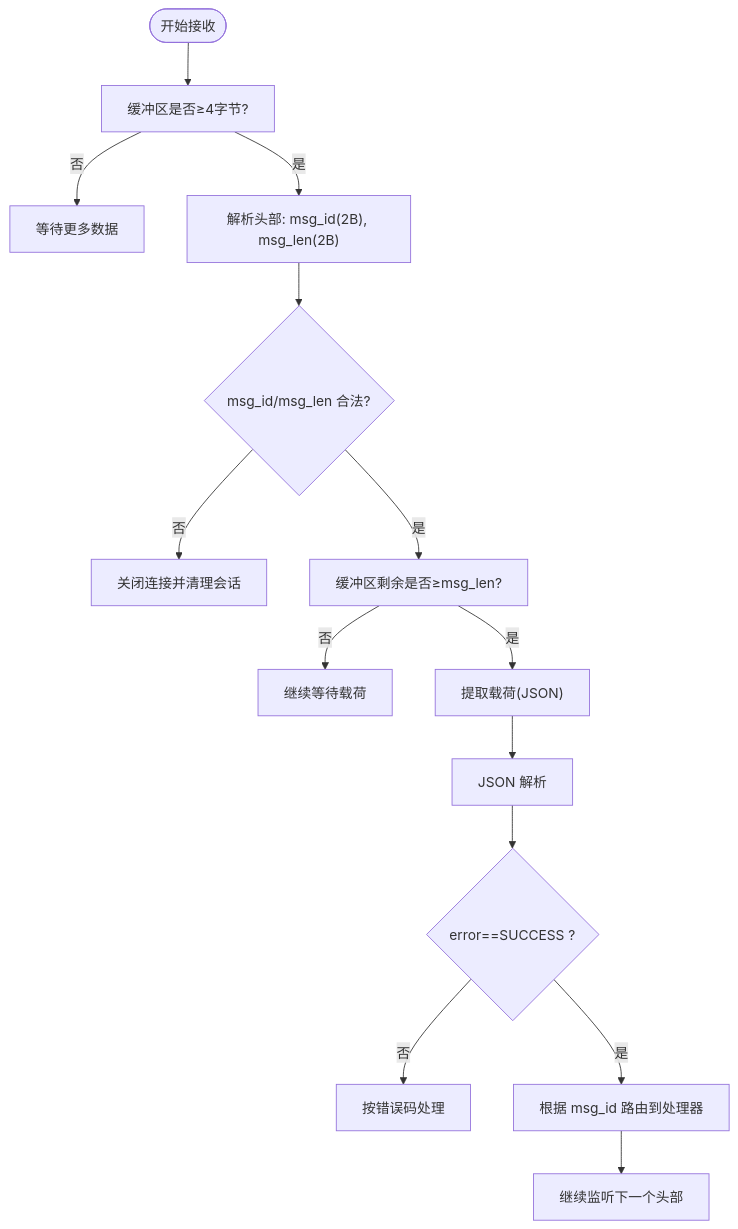
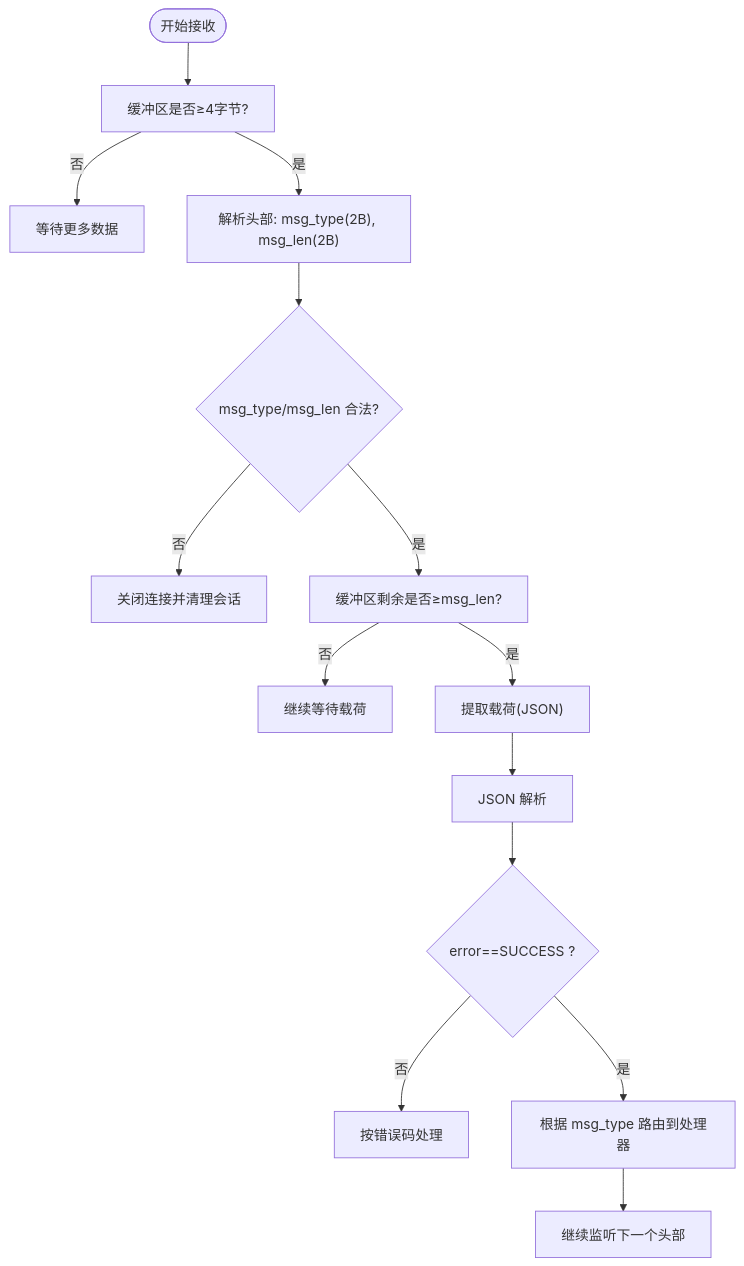
The second of 11 diagrams in .qoder/repowiki/zh/content/API参考/消息协议格式.md (echo9923/mychatter), drawn with Mermaid before and after one commit. The commit also changed other lines of this file and 128 other files, not shown here.

First line of the commit message:
refactor(protocol): TCP 帧头消息类型 msg_id 全局改名为 msg_type

````diff
--- a/.qoder/repowiki/zh/content/API参考/消息协议格式.md
+++ b/.qoder/repowiki/zh/content/API参考/消息协议格式.md
@@ -79,16 +79,16 @@
 ```mermaid
 flowchart TD
 Start(["开始接收"]) --> CheckHead["缓冲区是否≥4字节?"]
 CheckHead --> |否| WaitMore["等待更多数据"]
-CheckHead --> |是| ParseHead["解析头部: msg_id(2B), msg_len(2B)"]
-ParseHead --> Validate{"msg_id/msg_len 合法?"}
+CheckHead --> |是| ParseHead["解析头部: msg_type(2B), msg_len(2B)"]
+ParseHead --> Validate{"msg_type/msg_len 合法?"}
 Validate --> |否| CloseConn["关闭连接并清理会话"]
 Validate --> |是| CheckBody["缓冲区剩余是否≥msg_len?"]
 CheckBody --> |否| WaitBody["继续等待载荷"]
 CheckBody --> |是| ExtractBody["提取载荷(JSON)"]
 ExtractBody --> ParseJSON["JSON 解析"]
 ParseJSON --> CheckErr{"error==SUCCESS ?"}
 CheckErr --> |否| HandleErr["按错误码处理"]
-CheckErr --> |是| Dispatch["根据 msg_id 路由到处理器"]
+CheckErr --> |是| Dispatch["根据 msg_type 路由到处理器"]
 Dispatch --> Next["继续监听下一个头部"]
 ```
````
